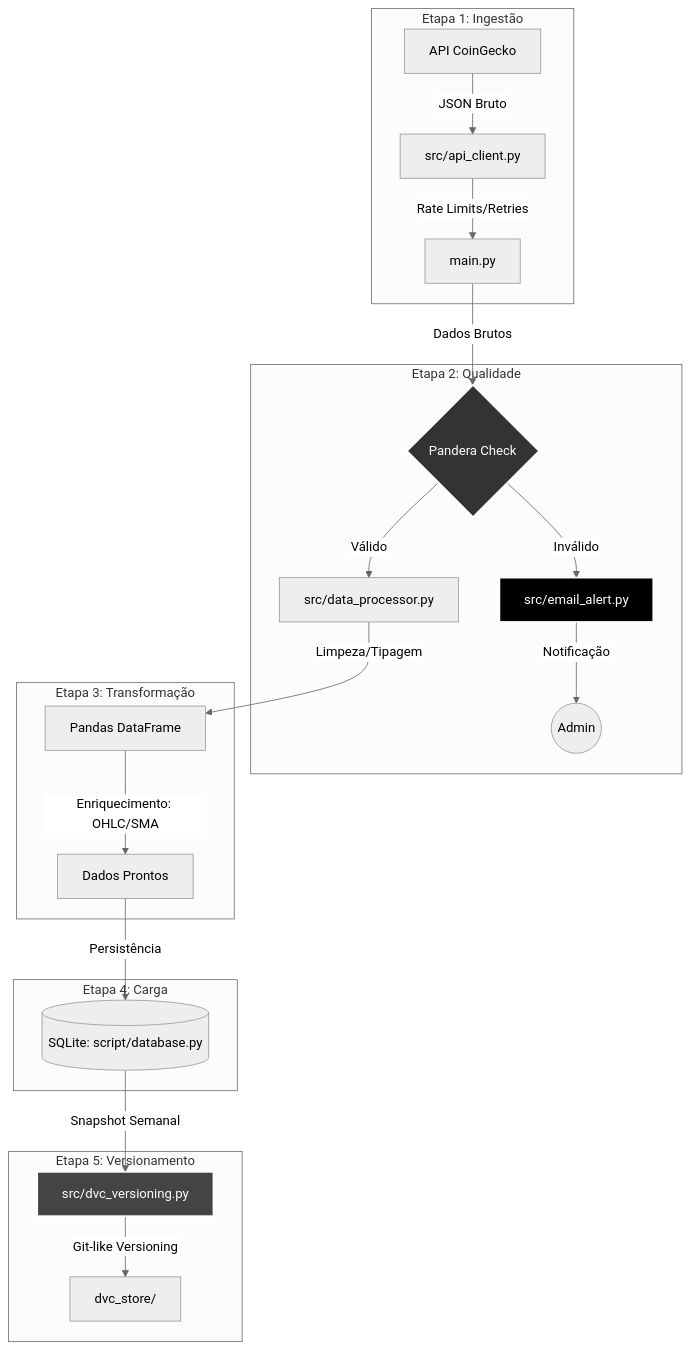
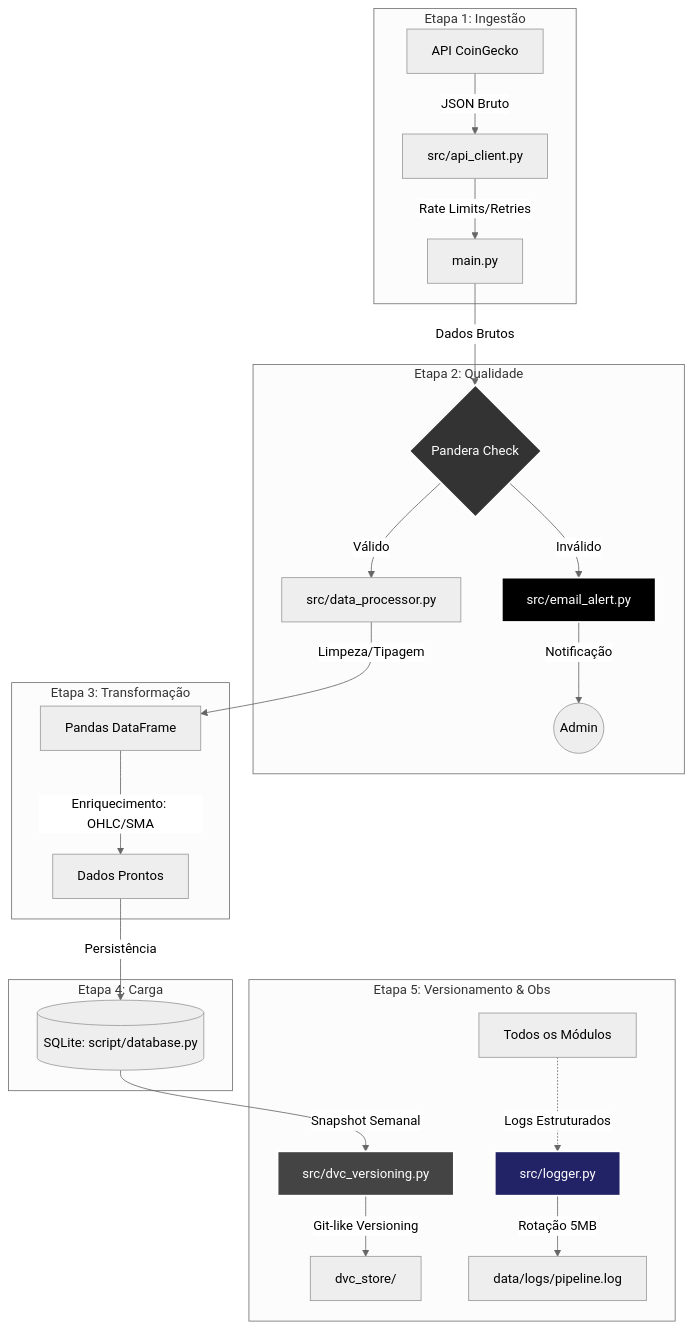
Before and after one commit to phmcasimiro/Roadmap_MLops: the first of 3 diagrams in README.md, drawn with Mermaid (neutral theme). The commit also changed other lines of this file and 18 other files, not shown here.

````diff
--- a/README.md
+++ b/README.md
@@ -34,32 +52,35 @@
 ```mermaid
 graph TD
     subgraph Ingestão [Etapa 1: Ingestão]
         API[API CoinGecko] -->|JSON Bruto| Client[src/api_client.py]
         Client -->|Rate Limits/Retries| Main[main.py]
     end
 
     subgraph Validacao [Etapa 2: Qualidade]
         Main -->|Dados Brutos| Pandera{Pandera Check}
         Pandera -->|Válido| Processor[src/data_processor.py]
         Pandera -->|Inválido| Alert[src/email_alert.py]
         Alert -->|Notificação| Admin((Admin))
     end
 
     subgraph Processamento [Etapa 3: Transformação]
         Processor -->|Limpeza/Tipagem| Pandas[Pandas DataFrame]
         Pandas -->|Enriquecimento: OHLC/SMA| DataReady[Dados Prontos]
     end
 
     subgraph Armazenamento [Etapa 4: Carga]
         DataReady -->|Persistência| DB[(SQLite: script/database.py)]
     end
 
-    subgraph Governanca [Etapa 5: Versionamento]
+    subgraph Governanca [Etapa 5: Versionamento & Obs]
         DB -->|Snapshot Semanal| DVC[src/dvc_versioning.py]
         DVC -->|Git-like Versioning| LocalRemote[dvc_store/]
+        AllModules[Todos os Módulos] -.->|Logs Estruturados| Logger[src/logger.py]
+        Logger -->|Rotação 5MB| LogFile[data/logs/pipeline.log]
     end
 
     style Pandera fill:#333,stroke:#fff,stroke-width:2px,color:#fff
     style Alert fill:#000,stroke:#fff,stroke-width:2px,color:#fff
     style DVC fill:#444,stroke:#fff,stroke-width:2px,color:#fff
+    style Logger fill:#226,stroke:#fff,stroke-width:2px,color:#fff
 ```
````
